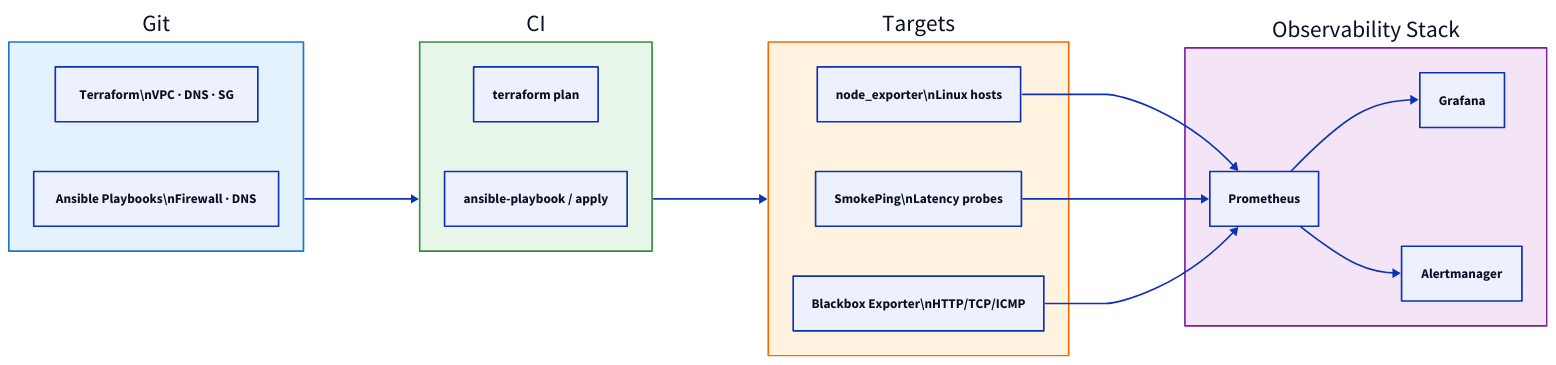
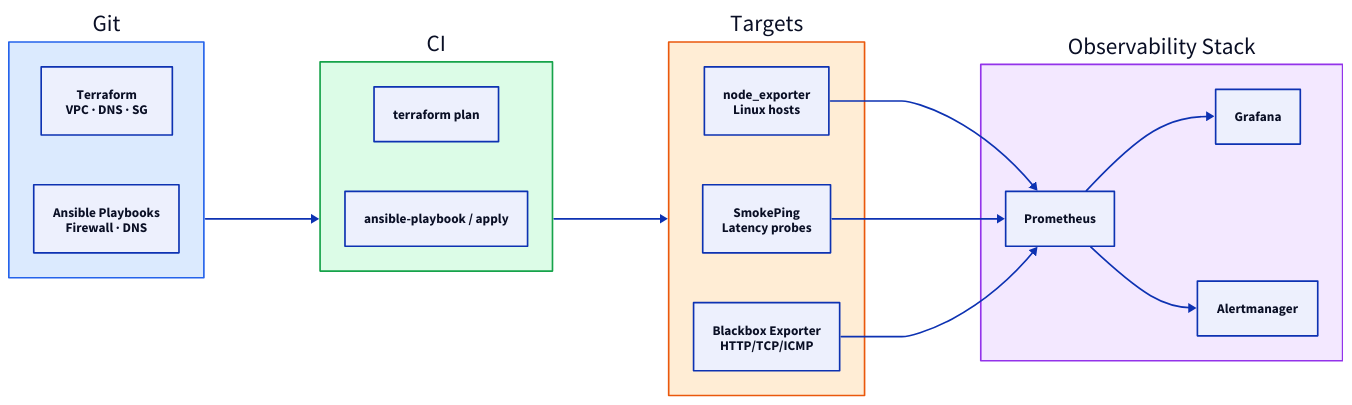
The diagram in docs/networking/network-automation-and-monitoring.md (rebash-rebash/rebash-academy), drawn with D2 before and after one commit. The commit also changed other lines of this file and 177 other files, not shown here.

First line of the commit message:
Ship Terraform track, diagram polish, and new brand favicon.

````diff
--- a/docs/networking/network-automation-and-monitoring.md
+++ b/docs/networking/network-automation-and-monitoring.md
@@ -59,48 +59,48 @@
 ```d2
 direction: right
 
 Git: "Git Repository" {
       style: {
-        fill: "#e3f2fd"
-        stroke: "#1976d2"
+        fill: "#dbeafe"
+        stroke: "#2563eb"
       }
-        TF: "Terraform\\nVPC · DNS · SG"
-        ANS: "Ansible Playbooks\\nFirewall · DNS"
+        TF: "Terraform\nVPC · DNS · SG"
+        ANS: "Ansible Playbooks\nFirewall · DNS"
     }
     CI: "CI/CD Pipeline" {
       style: {
-        fill: "#e8f5e9"
-        stroke: "#388e3c"
+        fill: "#dcfce7"
+        stroke: "#16a34a"
       }
         Plan: "terraform plan"
         Apply: "ansible-playbook / apply"
     }
     Targets: "Monitored Infrastructure" {
       style: {
-        fill: "#fff3e0"
-        stroke: "#ef6c00"
+        fill: "#ffedd5"
+        stroke: "#ea580c"
       }
-        NE: "node_exporter\\nLinux hosts"
-        SP: "SmokePing\\nLatency probes"
-        BB: "Blackbox Exporter\\nHTTP/TCP/ICMP"
+        NE: "node_exporter\nLinux hosts"
+        SP: "SmokePing\nLatency probes"
+        BB: "Blackbox Exporter\nHTTP/TCP/ICMP"
     }
     Observability: "Observability Stack" {
       style: {
-        fill: "#f3e5f5"
-        stroke: "#7b1fa2"
+        fill: "#f3e8ff"
+        stroke: "#9333ea"
       }
         Prom: Prometheus
         Graf: Grafana
         Alert: Alertmanager
     }
     Git: Git
     CI: CI
     Git -> CI
     Targets: Targets
     CI -> Targets
     Targets.NE -> Observability.Prom
     Targets.SP -> Observability.Prom
     Targets.BB -> Observability.Prom
     Observability.Prom -> Observability.Graf
     Observability.Prom -> Observability.Alert
 ```
````
